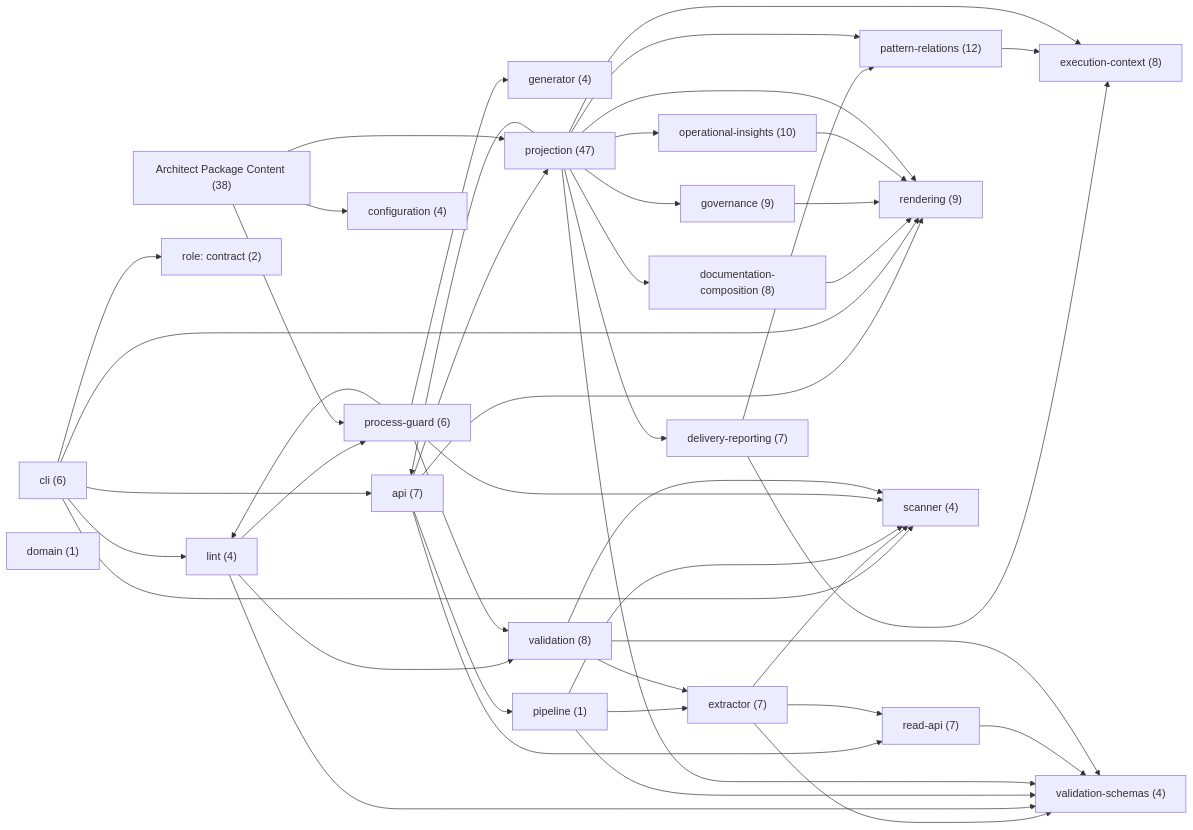
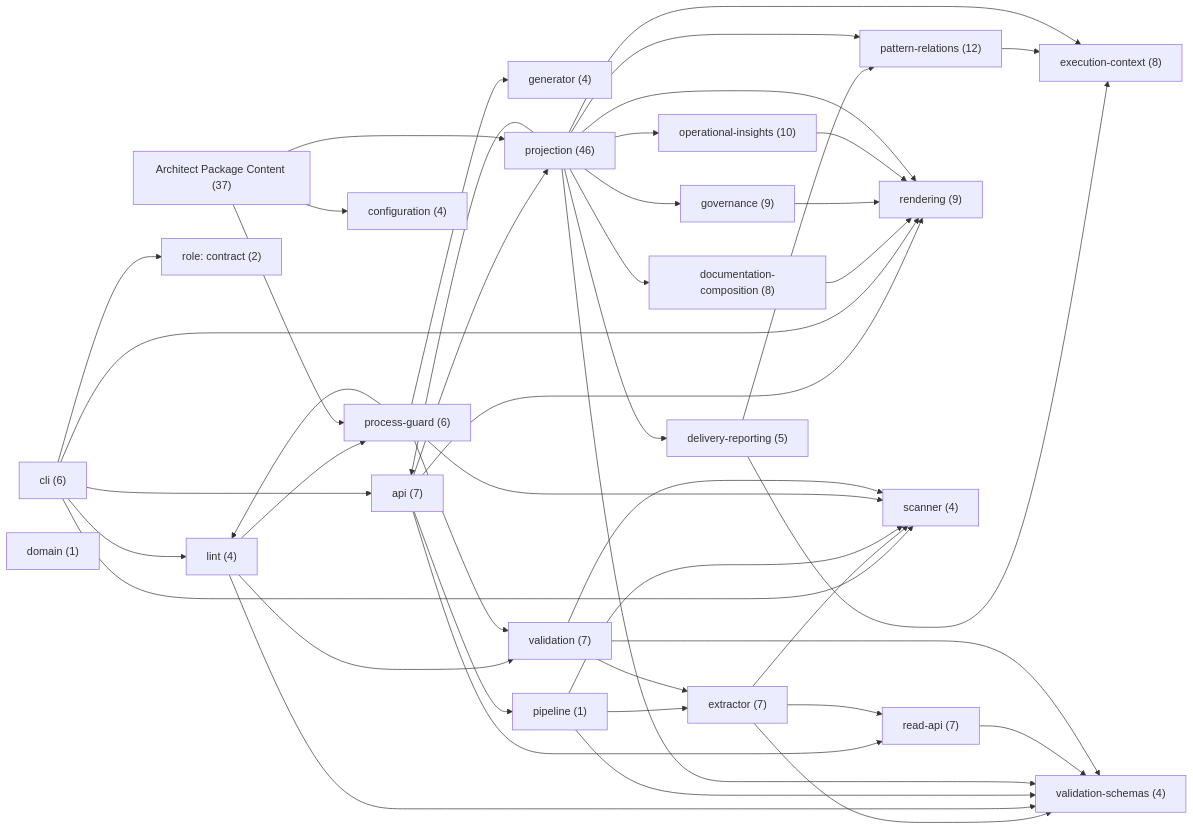
One commit to libar-dev/architect changed the first of 24 diagrams in docs-live/DESIGN-REVIEW.md. Above: the diagram before and after it, drawn with Mermaid. The commit also changed other lines of this file and 240 other files, not shown here.

````diff
--- a/docs-live/DESIGN-REVIEW.md
+++ b/docs-live/DESIGN-REVIEW.md
@@ -24,70 +24,70 @@
 ```mermaid
 graph LR
   api["api (7)"]
   cli["cli (6)"]
   configuration["configuration (4)"]
-  delivery_reporting["delivery-reporting (7)"]
+  delivery_reporting["delivery-reporting (5)"]
   documentation_composition["documentation-composition (8)"]
   domain["domain (1)"]
   execution_context["execution-context (8)"]
   extractor["extractor (7)"]
   generator["generator (4)"]
   governance["governance (9)"]
   lint["lint (4)"]
   operational_insights["operational-insights (10)"]
   pattern_relations["pattern-relations (12)"]
   pipeline["pipeline (1)"]
   process_guard["process-guard (6)"]
-  projection["projection (47)"]
+  projection["projection (46)"]
   read_api["read-api (7)"]
   rendering["rendering (9)"]
   scanner["scanner (4)"]
-  validation["validation (8)"]
+  validation["validation (7)"]
   validation_schemas["validation-schemas (4)"]
   role_contract["role: contract (2)"]
-  pkg_architect_package_content["Architect Package Content (38)"]
+  pkg_architect_package_content["Architect Package Content (37)"]
   api --> pipeline
   api --> projection
   api --> read_api
   api --> rendering
   cli --> api
   cli --> lint
   cli --> rendering
   cli --> role_contract
   cli --> scanner
   delivery_reporting --> execution_context
   delivery_reporting --> pattern_relations
   documentation_composition --> rendering
   extractor --> read_api
   extractor --> scanner
   extractor --> validation_schemas
   governance --> rendering
   lint --> process_guard
   lint --> validation
   lint --> validation_schemas
   operational_insights --> rendering
   pattern_relations --> execution_context
   pipeline --> extractor
   pipeline --> scanner
   pipeline --> validation_schemas
   pkg_architect_package_content --> configuration
   pkg_architect_package_content --> process_guard
   pkg_architect_package_content --> projection
   process_guard --> generator
   process_guard --> lint
   process_guard --> scanner
   process_guard --> validation
   projection --> api
   projection --> delivery_reporting
   projection --> documentation_composition
   projection --> execution_context
   projection --> governance
   projection --> operational_insights
   projection --> pattern_relations
   projection --> rendering
   projection --> validation_schemas
   read_api --> validation_schemas
   validation --> extractor
   validation --> scanner
   validation --> validation_schemas
 ```
````
